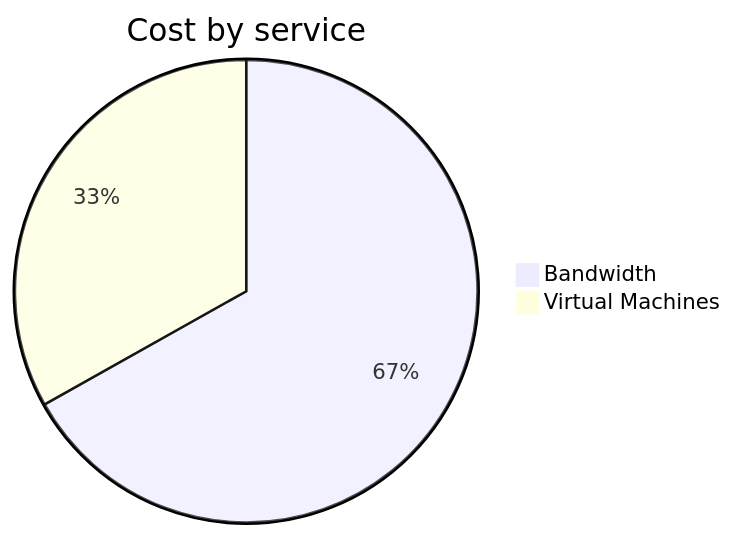
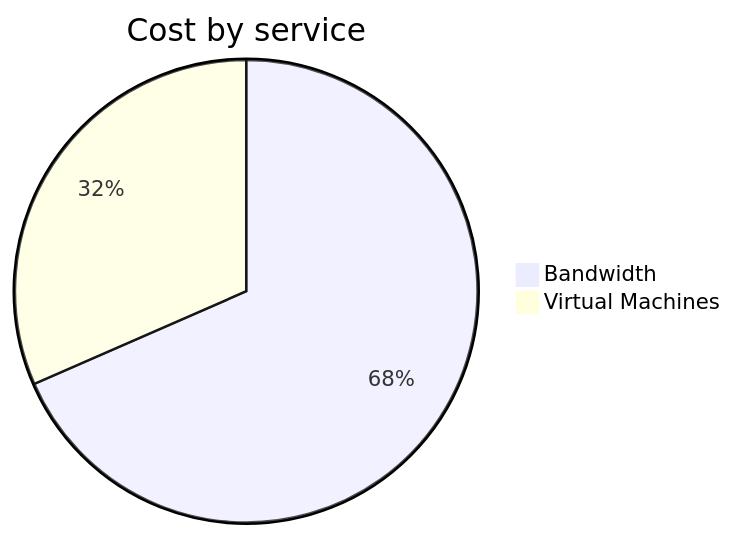
Before and after one commit to jpfulton/azure-personal-reports: the second of 4 diagrams in cost-reports/personal-network/vpn-server.md, drawn with Mermaid. The commit also changed other lines of this file and 8 other files, not shown here.

````diff
--- a/cost-reports/personal-network/vpn-server.md
+++ b/cost-reports/personal-network/vpn-server.md
@@ -96,6 +96,6 @@
 ```mermaid
 pie
    title Cost by service
-   "Bandwidth" : 10.45
-   "Virtual Machines" : 5.18
+   "Bandwidth" : 11.71
+   "Virtual Machines" : 5.40
 ```
````
